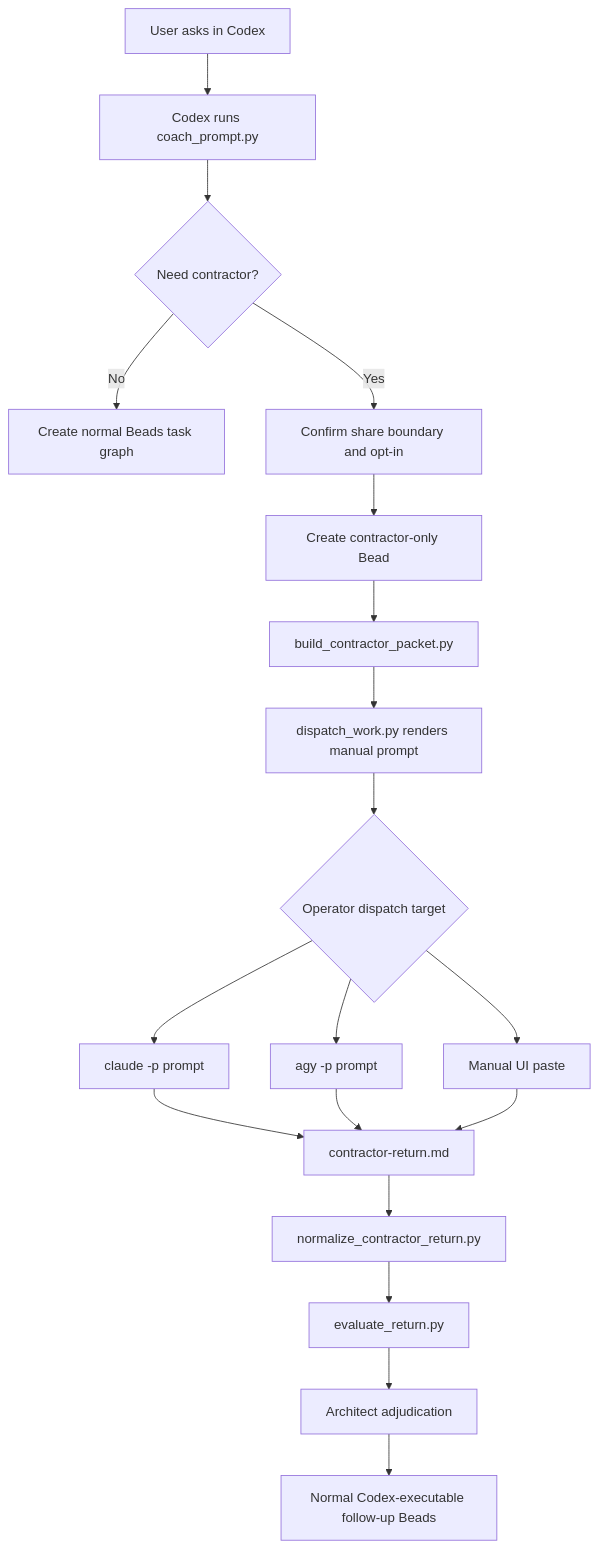
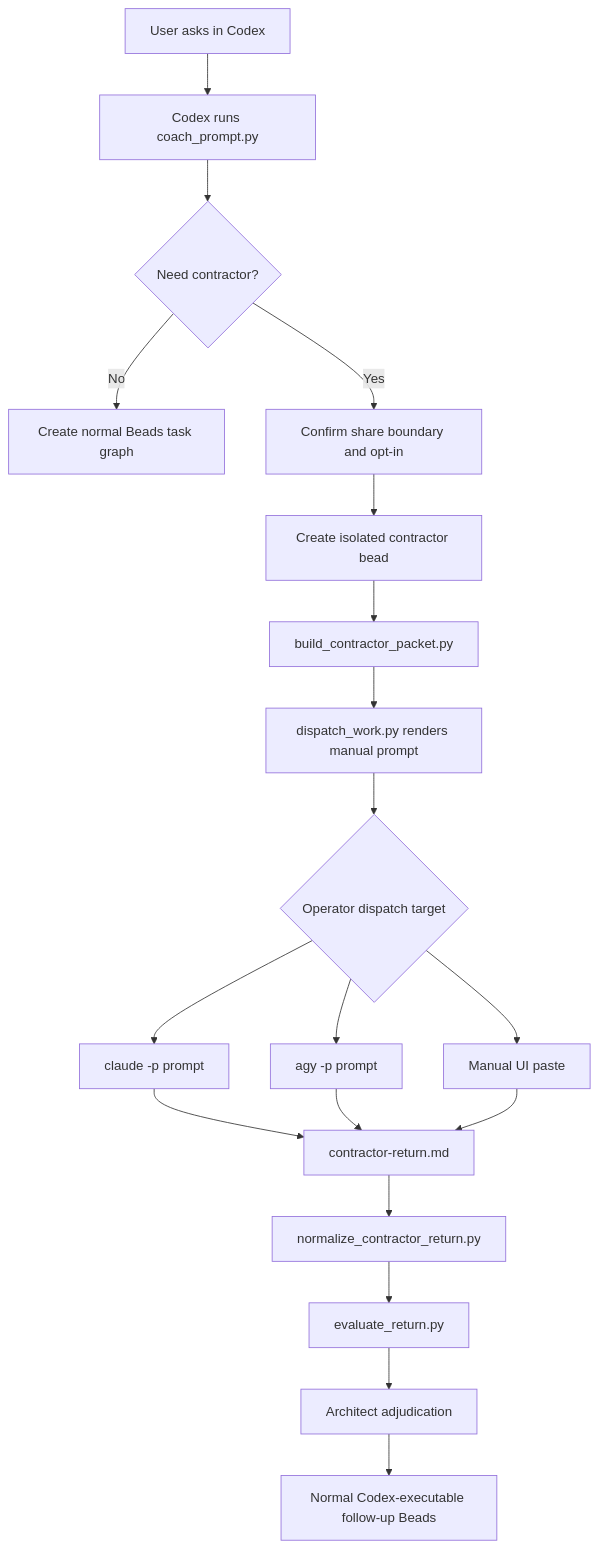
Before and after one commit to gprocunier/complex-work-orchestration: the seventh of 10 diagrams in README.md, drawn with Mermaid. The commit also changed other lines of this file and 8 other files, not shown here.

````diff
--- a/README.md
+++ b/README.md
@@ -727,25 +733,25 @@
 ```mermaid
 flowchart TD
     User[User asks in Codex] --> Coach[Codex runs coach_prompt.py]
     Coach --> Plan{Need contractor?}
     Plan -->|No| Graph[Create normal Beads task graph]
     Plan -->|Yes| Boundary[Confirm share boundary and opt-in]
 
-    Boundary --> Contract[Create contractor-only Bead]
+    Boundary --> Contract[Create isolated contractor bead]
     Contract --> Packet[build_contractor_packet.py]
     Packet --> Prompt[dispatch_work.py renders manual prompt]
 
     Prompt --> Choice{Operator dispatch target}
     Choice --> Claude[claude -p prompt]
     Choice --> Agy[agy -p prompt]
     Choice --> Manual[Manual UI paste]
 
     Claude --> Return[contractor-return.md]
     Agy --> Return
     Manual --> Return
 
     Return --> Normalize[normalize_contractor_return.py]
     Normalize --> Evaluate[evaluate_return.py]
     Evaluate --> Architect[Architect adjudication]
     Architect --> Followup[Normal Codex-executable follow-up Beads]
 ```
````
